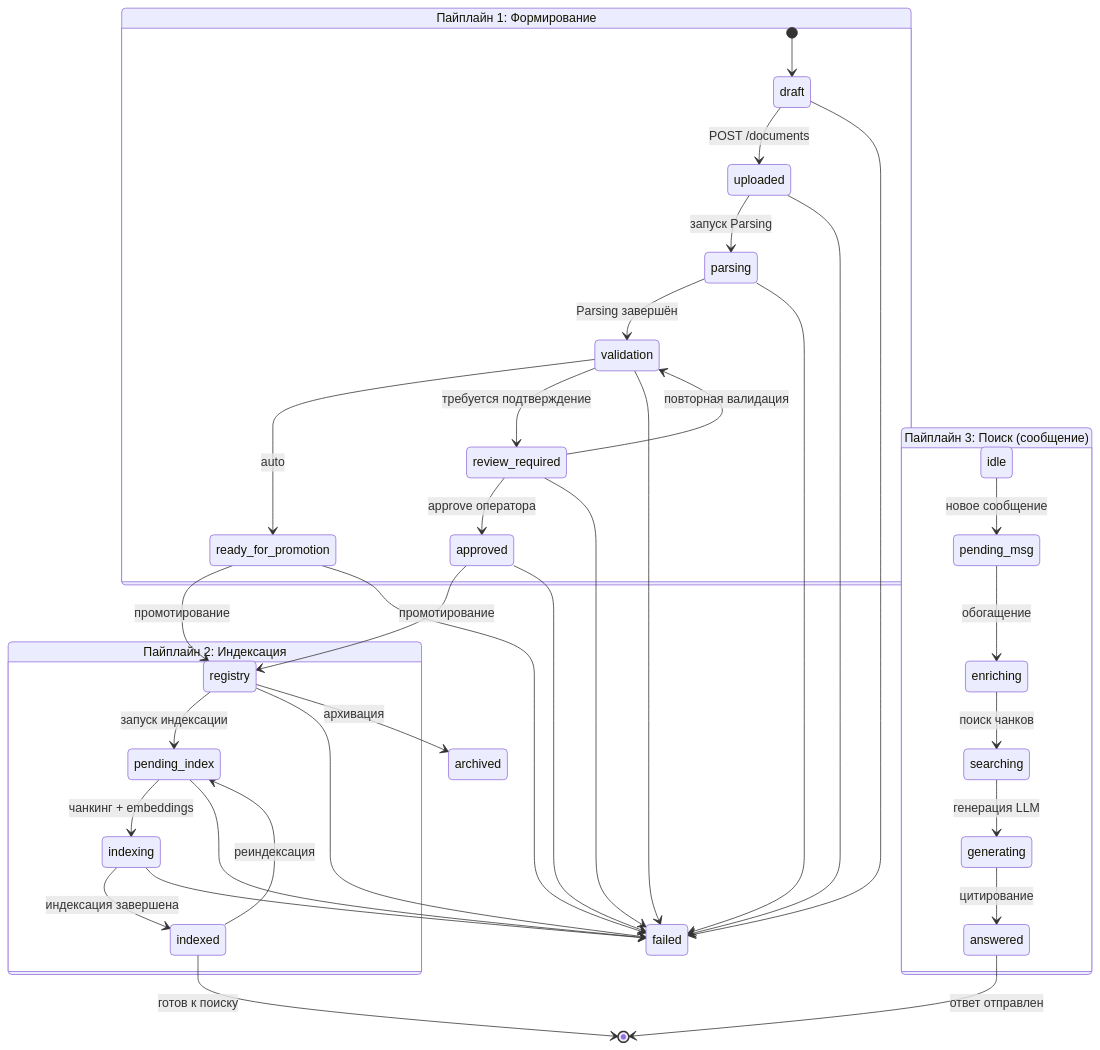
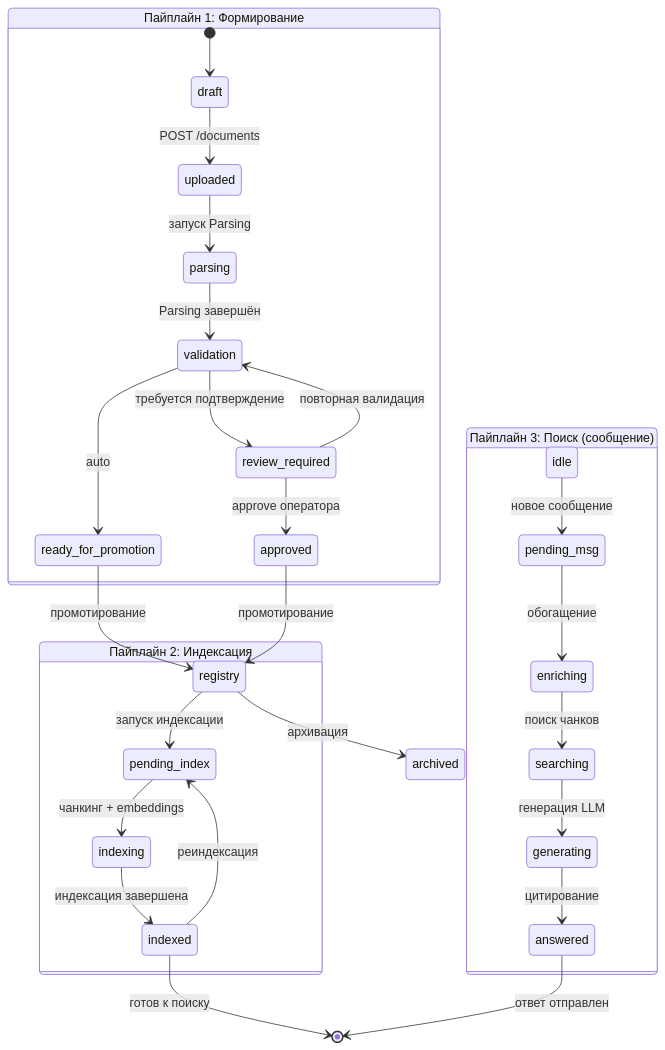
The eighth of 10 diagrams in docs/pipelines/overview.md (MasterKSAF/PKB), drawn with Mermaid before and after one commit. The commit also changed other lines of this file, not shown here.

````diff
--- a/docs/pipelines/overview.md
+++ b/docs/pipelines/overview.md
@@ -408,49 +418,37 @@
 ```mermaid
 stateDiagram-v2
     state "Пайплайн 1: Формирование" as P1 {
         [*] --> draft
         draft --> uploaded : POST /documents
         uploaded --> parsing : запуск Parsing
         parsing --> validation : Parsing завершён
         validation --> ready_for_promotion : auto
         validation --> review_required : требуется подтверждение
         review_required --> approved : approve оператора
         review_required --> validation : повторная валидация
         ready_for_promotion --> registry : промотирование
         approved --> registry : промотирование
     }
 
     state "Пайплайн 2: Индексация" as P2 {
         registry --> pending_index : запуск индексации
         pending_index --> indexing : чанкинг + embeddings
         indexing --> indexed : индексация завершена
     }
 
     state "Пайплайн 3: Поиск (сообщение)" as P3 {
         idle --> pending_msg : новое сообщение
         pending_msg --> enriching : обогащение
         enriching --> searching : поиск чанков
         searching --> generating : генерация LLM
         generating --> answered : цитирование
     }
 
-    %% Failures
-    draft --> failed
-    uploaded --> failed
-    parsing --> failed
-    validation --> failed
-    review_required --> failed
-    ready_for_promotion --> failed
-    approved --> failed
-    registry --> failed
-    pending_index --> failed
-    indexing --> failed
-
     %% Terminal
     indexed --> [*] : готов к поиску
     answered --> [*] : ответ отправлен
 
     %% Дополнительно
     registry --> archived : архивация
     indexed --> pending_index : реиндексация
 ```
````
